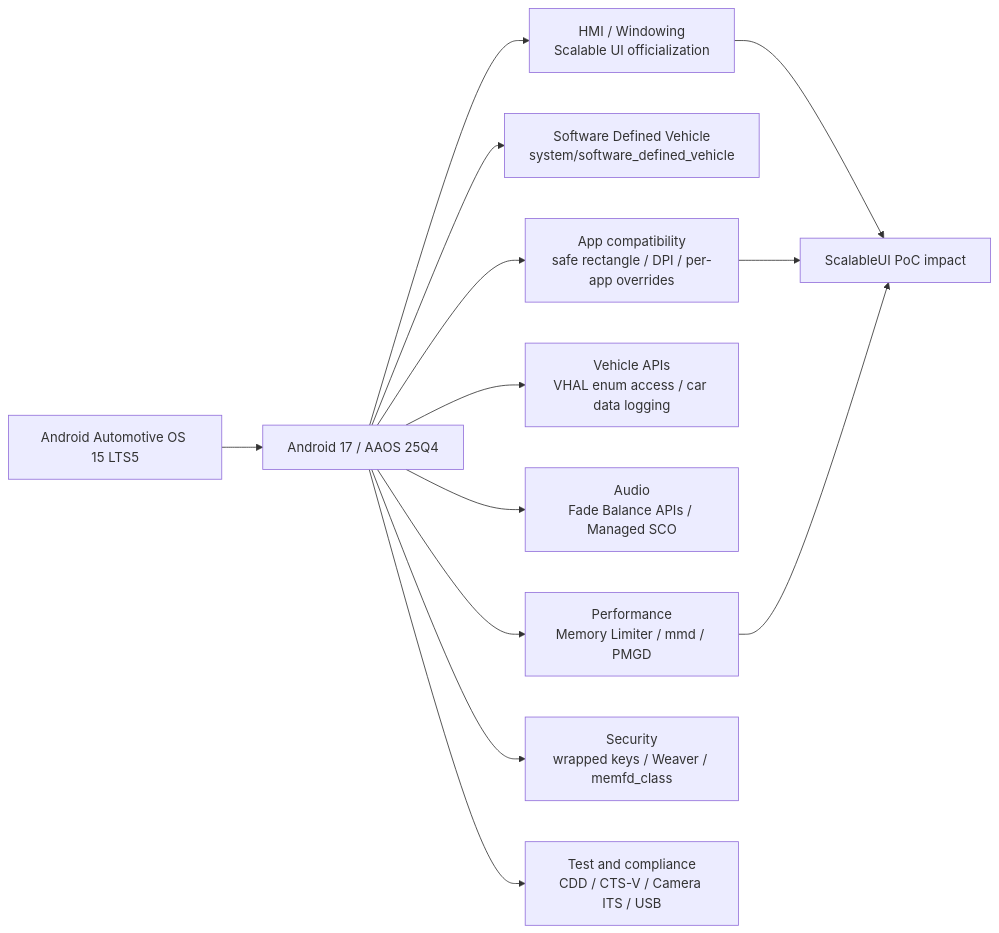
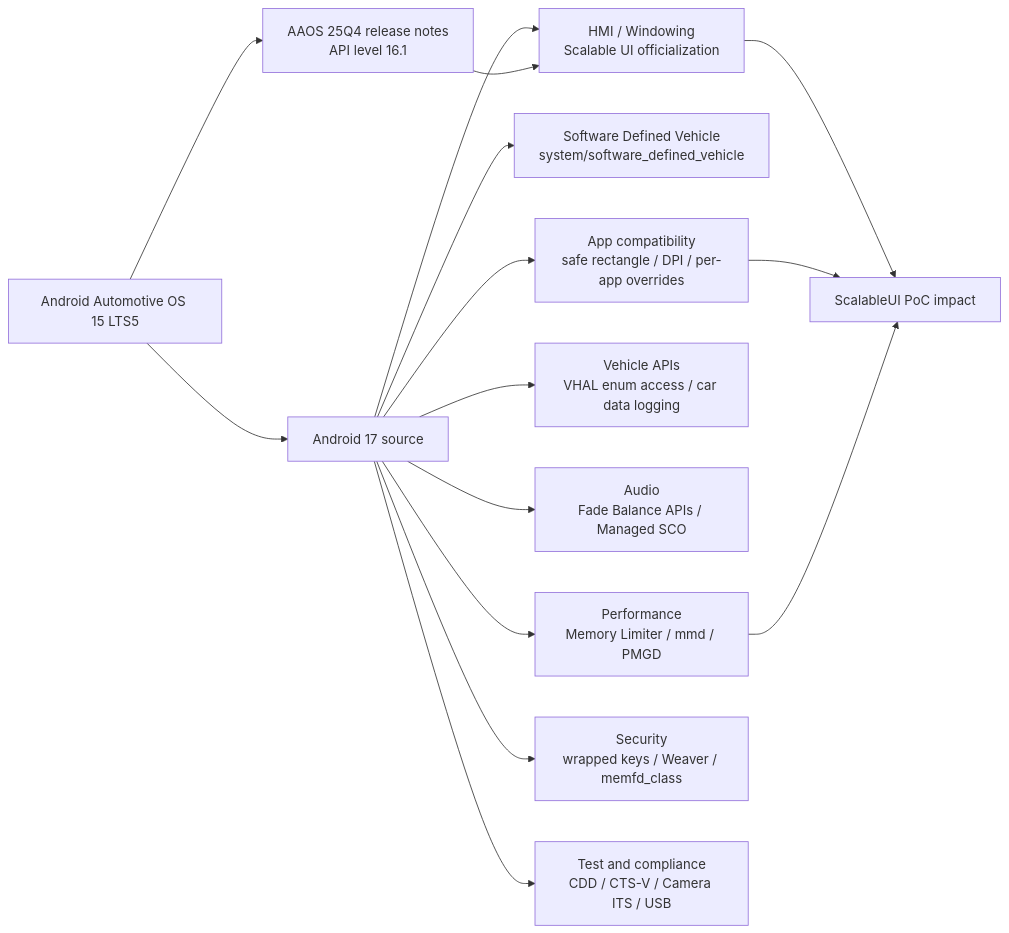
One commit to Nyma-fuk/scalableui-poc changed the diagram in docs/android17/aaos17_vs_android15_lts5_feature_delta_ja.md. Above: the diagram before and after it, drawn with Mermaid. The commit also changed other lines of this file and 38 other files, not shown here.

````diff
--- a/docs/android17/aaos17_vs_android15_lts5_feature_delta_ja.md
+++ b/docs/android17/aaos17_vs_android15_lts5_feature_delta_ja.md
@@ -47,17 +50,19 @@
 ```mermaid
 flowchart LR
-    A[Android Automotive OS 15 LTS5] --> B[Android 17 / AAOS 25Q4]
+    A[Android Automotive OS 15 LTS5] --> B[Android 17 source]
+    A --> Q[AAOS 25Q4 release notes<br/>API level 16.1]
 
     B --> HMI[HMI / Windowing<br/>Scalable UI officialization]
+    Q --> HMI
     B --> SDV[Software Defined Vehicle<br/>system/software_defined_vehicle]
     B --> APP[App compatibility<br/>safe rectangle / DPI / per-app overrides]
     B --> VEHICLE[Vehicle APIs<br/>VHAL enum access / car data logging]
     B --> AUDIO[Audio<br/>Fade Balance APIs / Managed SCO]
     B --> PERF[Performance<br/>Memory Limiter / mmd / PMGD]
     B --> SEC[Security<br/>wrapped keys / Weaver / memfd_class]
     B --> TEST[Test and compliance<br/>CDD / CTS-V / Camera ITS / USB]
 
     HMI --> POC[ScalableUI PoC impact]
     APP --> POC
     PERF --> POC
 ```
````
